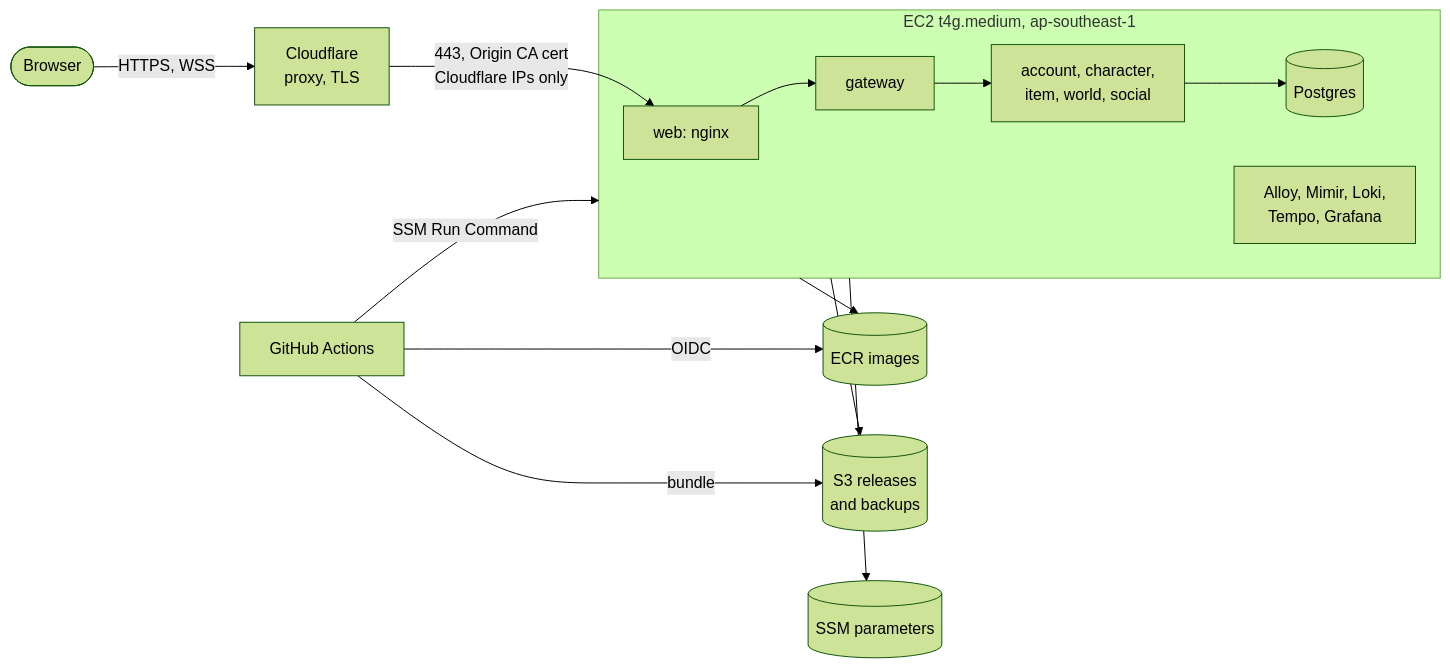
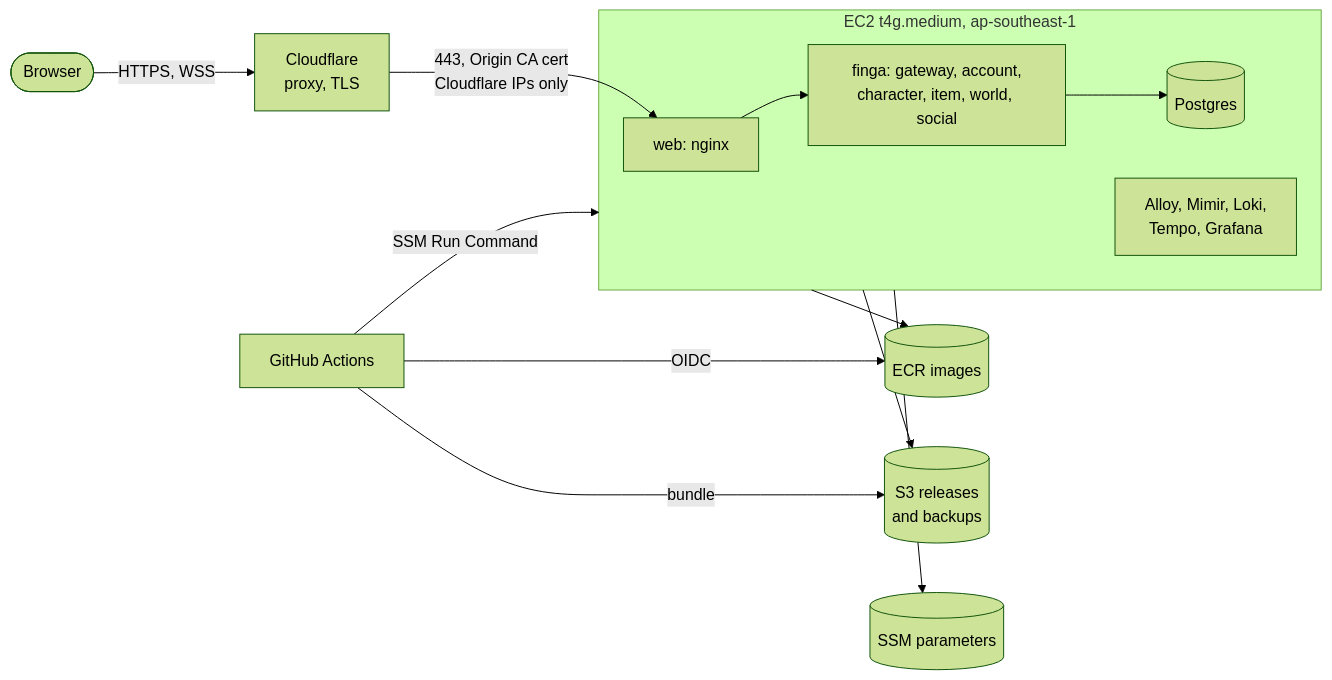
The diagram in infra/deploy/README.md (zranitm/finga), drawn with Mermaid (forest theme) before and after one commit. The commit also changed other lines of this file and 35 other files, not shown here.

````diff
--- a/infra/deploy/README.md
+++ b/infra/deploy/README.md
@@ -7,14 +7,14 @@
 ```mermaid
 flowchart LR
   player([Browser]) -->|HTTPS, WSS| cf[Cloudflare<br/>proxy, TLS]
   cf -->|443, Origin CA cert<br/>Cloudflare IPs only| nginx
   subgraph ec2 [EC2 t4g.medium, ap-southeast-1]
-    nginx[web: nginx] --> gateway --> svc[account, character,<br/>item, world, social]
-    svc --> pg[(Postgres)]
+    nginx[web: nginx] --> finga[finga: gateway, account,<br/>character, item, world, social]
+    finga --> pg[(Postgres)]
     obs[Alloy, Mimir, Loki,<br/>Tempo, Grafana]
   end
   gha[GitHub Actions] -->|OIDC| ecr[(ECR images)]
   gha -->|bundle| s3[(S3 releases<br/>and backups)]
   gha -->|SSM Run Command| ec2
   ec2 --> ecr & s3 & ssm[(SSM parameters)]
 ```
````
